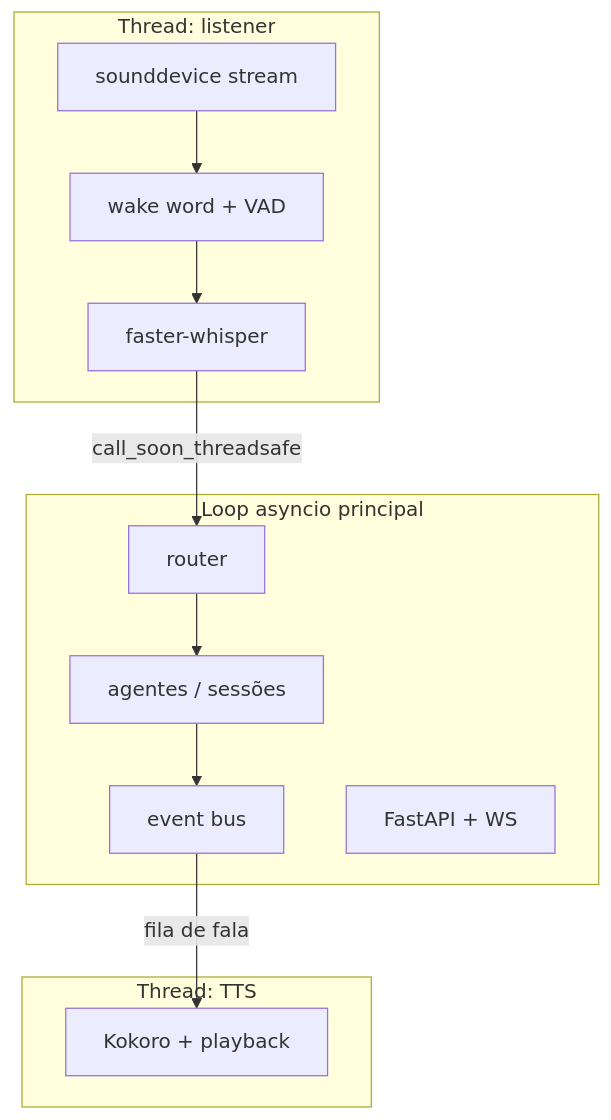
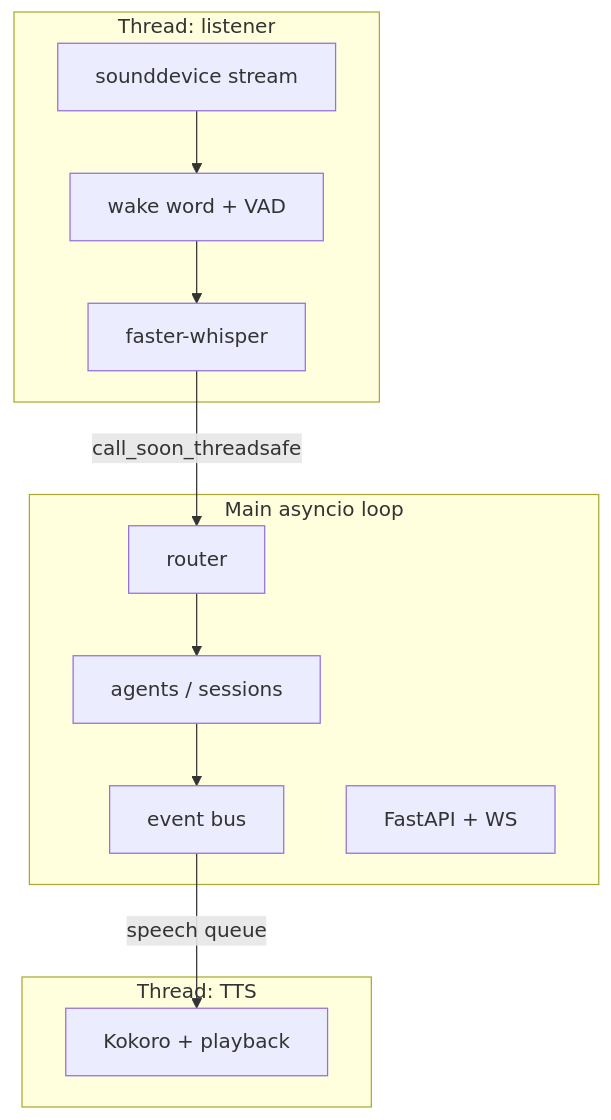
The second of 5 diagrams in docs/ARCHITECTURE.md (NavesDev/AlfredAgent), drawn with Mermaid before and after one commit. The commit also changed other lines of this file and 22 other files, not shown here.

First line of the commit message:
docs: translate specs, requirements, architecture, design and ADRs to English

````diff
--- a/docs/ARCHITECTURE.md
+++ b/docs/ARCHITECTURE.md
@@ -98,16 +98,16 @@
 ```mermaid
 flowchart TB
     subgraph T1[Thread: listener]
         cap[sounddevice stream] --> wwd[wake word + VAD] --> whisper[faster-whisper]
     end
-    subgraph Loop[Loop asyncio principal]
-        router2[router] --> agents[agentes / sessões]
+    subgraph Loop[Main asyncio loop]
+        router2[router] --> agents[agents / sessions]
         agents --> bus2[event bus]
         api2[FastAPI + WS]
     end
     subgraph T3[Thread: TTS]
         kokoro[Kokoro + playback]
     end
     whisper -->|call_soon_threadsafe| router2
-    bus2 -->|fila de fala| kokoro
+    bus2 -->|speech queue| kokoro
 ```
````
